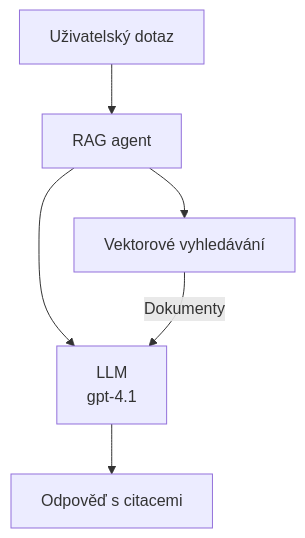
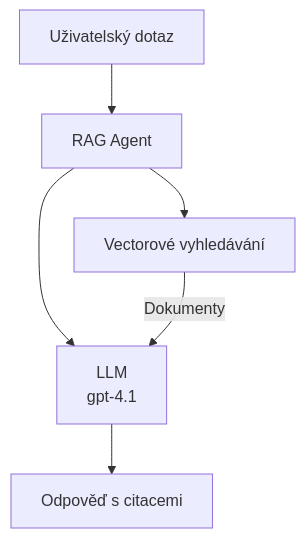
The second of 3 diagrams in translations/cs/docs/chapter-02-ai-development/agents.md (microsoft/AZD-for-beginners), drawn with Mermaid before and after one commit. The commit also changed other lines of this file and 101 other files, not shown here.

````diff
--- a/translations/cs/docs/chapter-02-ai-development/agents.md
+++ b/translations/cs/docs/chapter-02-ai-development/agents.md
@@ -170,8 +175,8 @@
 ```mermaid
 graph TD
-    Query[Uživatelský dotaz] --> RAG[RAG agent]
-    RAG --> Vector[Vektorové vyhledávání]
+    Query[Uživatelský dotaz] --> RAG[RAG Agent]
+    RAG --> Vector[Vectorové vyhledávání]
     RAG --> LLM[LLM<br/>gpt-4.1]
     Vector -- Dokumenty --> LLM
     LLM --> Response[Odpověď s citacemi]
-```
+```  
````
